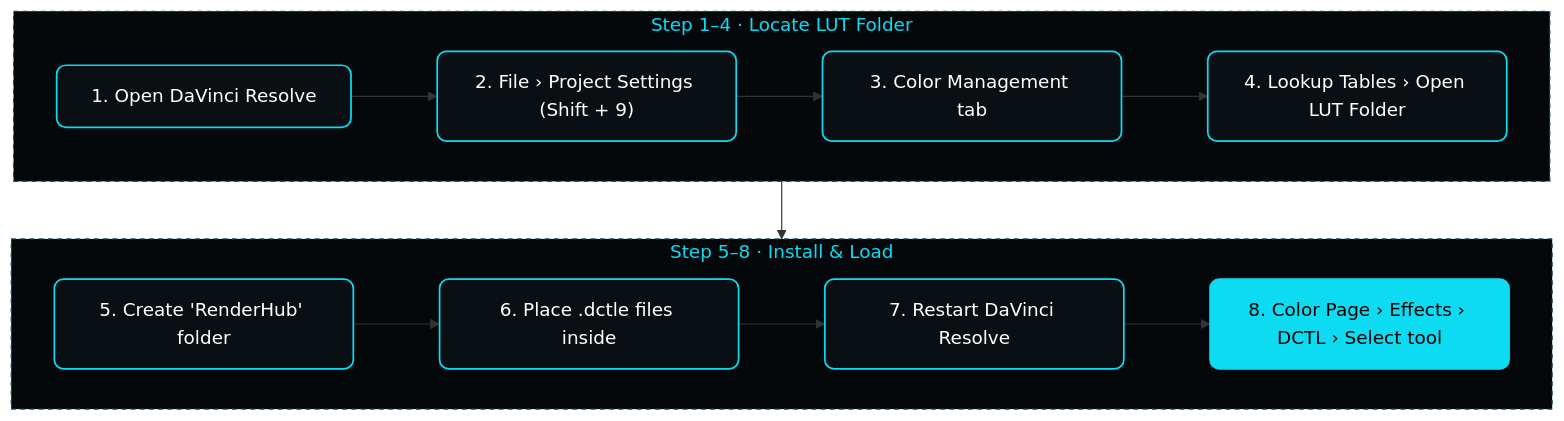
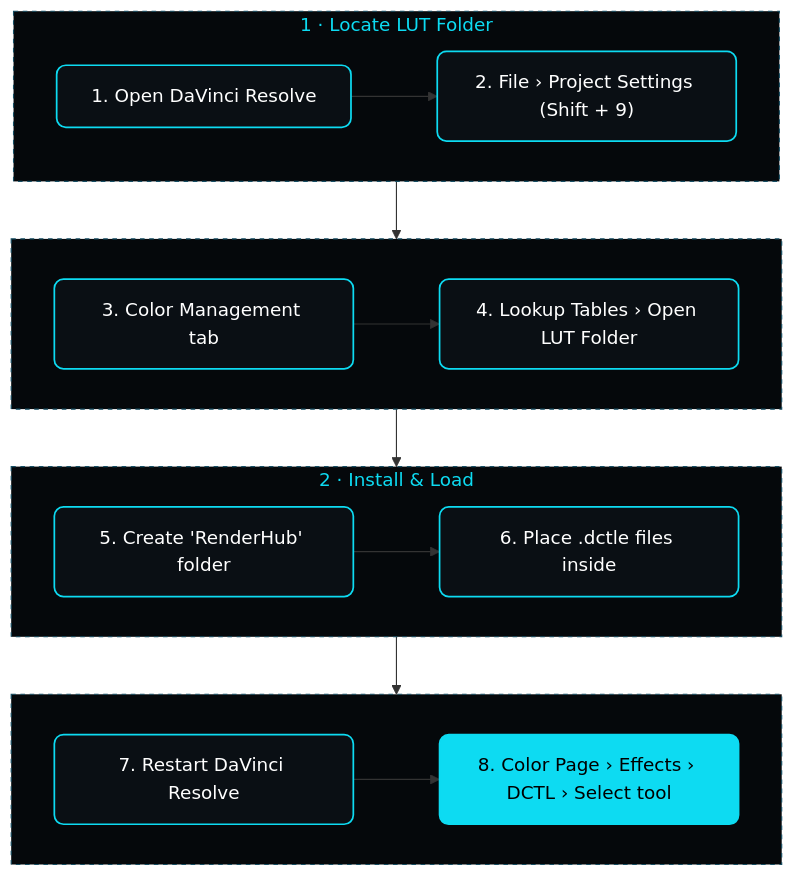
The diagram in README.md (Senthil360/RenderHub-DCTLs), drawn with Mermaid before and after one commit. The commit also changed other lines of this file, not shown here.

````diff
--- a/README.md
+++ b/README.md
@@ -131,21 +149,31 @@
 ```mermaid
 flowchart TD
-    subgraph R1["Step 1–4 · Locate LUT Folder"]
+    subgraph R1["1 · Locate LUT Folder"]
         direction LR
-        S1["1. Open DaVinci Resolve"] --> S2["2. File › Project Settings (Shift + 9)"] --> S3["3. Color Management tab"] --> S4["4. Lookup Tables › Open LUT Folder"]
+        S1["1. Open DaVinci Resolve"] --> S2["2. File › Project Settings (Shift + 9)"]
     end
 
-    subgraph R2["Step 5–8 · Install & Load"]
+    subgraph R2[" "]
         direction LR
-        S5["5. Create 'RenderHub' folder"] --> S6["6. Place .dctle files inside"] --> S7["7. Restart DaVinci Resolve"] --> S8["8. Color Page › Effects › DCTL › Select tool"]
+        S3["3. Color Management tab"] --> S4["4. Lookup Tables › Open LUT Folder"]
     end
 
-    R1 --> R2
+    subgraph R3["2 · Install & Load"]
+        direction LR
+        S5["5. Create 'RenderHub' folder"] --> S6["6. Place .dctle files inside"]
+    end
+
+    subgraph R4[" "]
+        direction LR
+        S7["7. Restart DaVinci Resolve"] --> S8["8. Color Page › Effects › DCTL › Select tool"]
+    end
+
+    R1 --> R2 --> R3 --> R4
 
     classDef stepBox fill:#0A0F14,stroke:#0DDBF2,stroke-width:1.5px,color:#FFFFFF,rx:8,ry:8;
     classDef finalBox fill:#0DDBF2,stroke:#0DDBF2,stroke-width:1.5px,color:#000000,rx:8,ry:8;
     classDef groupBox fill:#05080B,stroke:#164E63,stroke-width:1px,stroke-dasharray:4 4,color:#0DDBF2;
     class S1,S2,S3,S4,S5,S6,S7 stepBox;
     class S8 finalBox;
-    class R1,R2 groupBox;
+    class R1,R2,R3,R4 groupBox;
 ```
````
